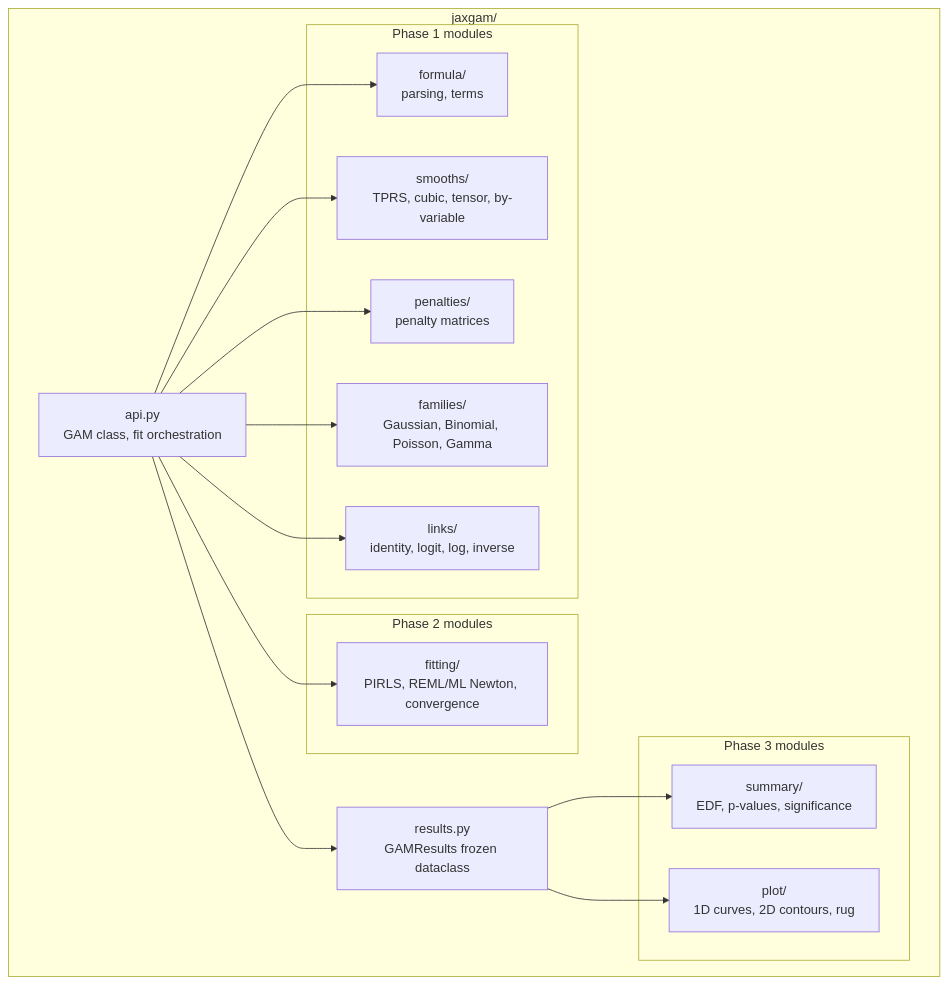
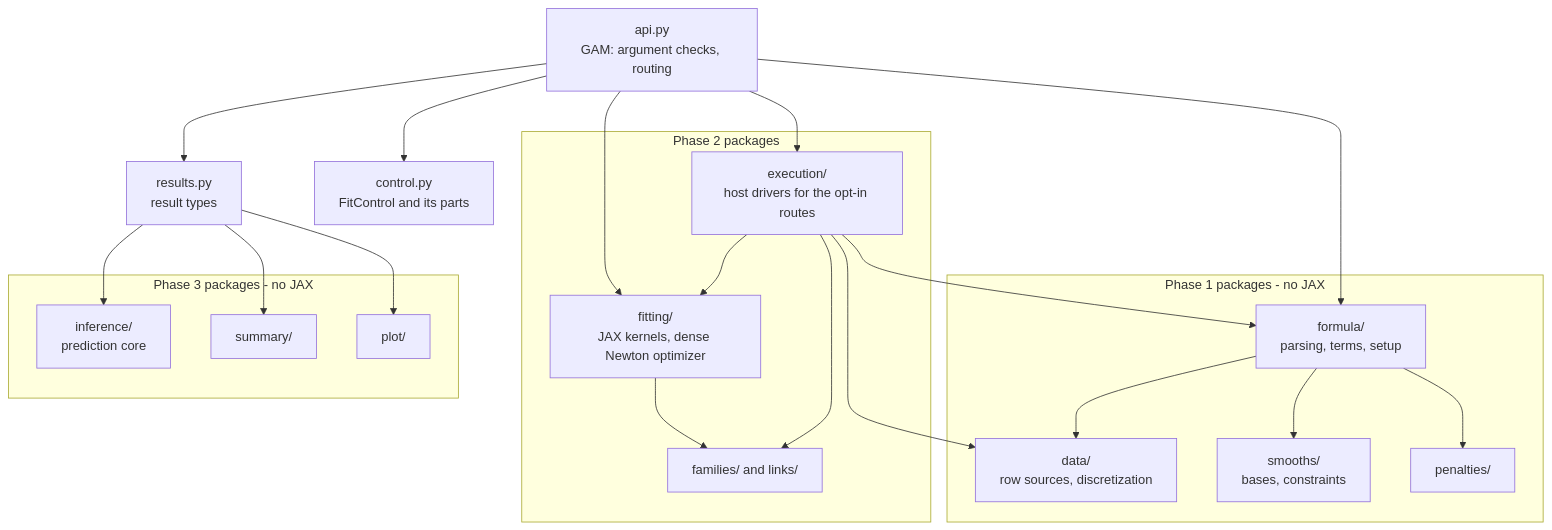
Before and after one commit to scatt67/jaxgam: the second of 2 diagrams in CONTRIBUTING.md, drawn with Mermaid. The commit also changed other lines of this file and 307 other files, not shown here.

````diff
--- a/CONTRIBUTING.md
+++ b/CONTRIBUTING.md
@@ -92,34 +133,42 @@
 ```mermaid
-graph TD
-    subgraph "jaxgam/"
-        API["api.py<br/>GAM class, fit orchestration"]
-        RES["results.py<br/>GAMResults frozen dataclass"]
+flowchart TD
+    API["api.py<br/>GAM: argument checks, routing"]
+    CTRL["control.py<br/>FitControl and its parts"]
+    RES["results.py<br/>result types"]
 
-        subgraph "Phase 1 modules"
-            F["formula/<br/>parsing, terms"]
-            SM["smooths/<br/>TPRS, cubic, tensor, by-variable"]
-            PEN["penalties/<br/>penalty matrices"]
-            FAM["families/<br/>Gaussian, Binomial, Poisson, Gamma"]
-            LNK["links/<br/>identity, logit, log, inverse"]
-        end
-
-        subgraph "Phase 2 modules"
-            FIT["fitting/<br/>PIRLS, REML/ML Newton, convergence"]
-        end
-
-        subgraph "Phase 3 modules"
-            SUM["summary/<br/>EDF, p-values, significance"]
-            PLT["plot/<br/>1D curves, 2D contours, rug"]
-        end
+    subgraph P1["Phase 1 packages - no JAX"]
+        DATA["data/<br/>row sources, discretization"]
+        F["formula/<br/>parsing, terms, setup"]
+        SM["smooths/<br/>bases, constraints"]
+        PEN["penalties/"]
     end
 
+    subgraph P2["Phase 2 packages"]
+        EXE["execution/<br/>host drivers for the opt-in routes"]
+        FIT["fitting/<br/>JAX kernels, dense Newton optimizer"]
+        FAM["families/ and links/"]
+    end
+
+    subgraph P3["Phase 3 packages - no JAX"]
+        INF["inference/<br/>prediction core"]
+        SUM["summary/"]
+        PLT["plot/"]
+    end
+
+    API --> CTRL
     API --> F
-    API --> SM
-    API --> PEN
-    API --> FAM
-    API --> LNK
     API --> FIT
+    API --> EXE
     API --> RES
+    F --> SM
+    F --> DATA
+    F --> PEN
+    EXE --> FIT
+    EXE --> F
+    EXE --> DATA
+    FIT --> FAM
+    EXE --> FAM
+    RES --> INF
     RES --> SUM
     RES --> PLT
 ```
````
